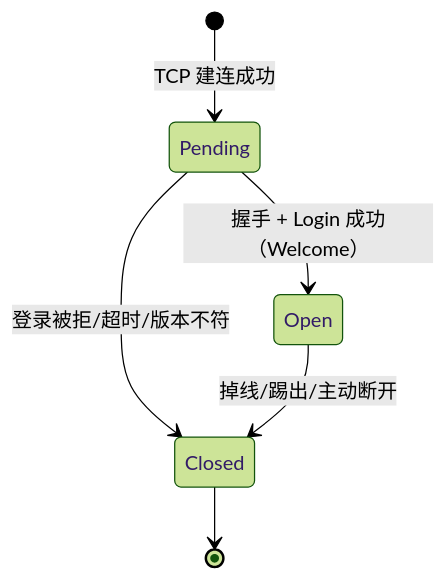
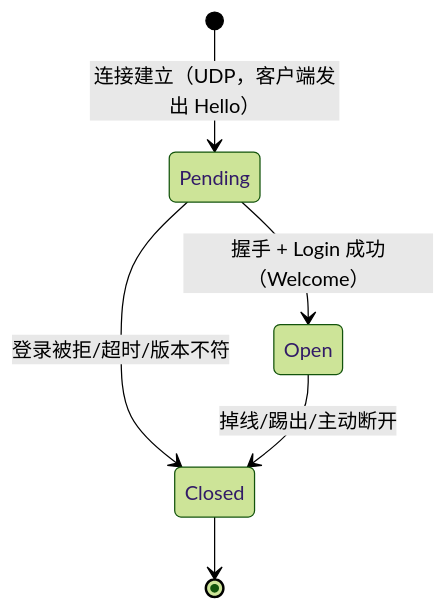
Before and after one commit to fantuan812/learning: the fourth of 4 diagrams in 游戏知识/06-网络同步/01-网络架构与复制基础.md, drawn with Mermaid (forest theme). The commit also changed other lines of this file and 36 other files, not shown here.

````diff
--- a/游戏知识/06-网络同步/01-网络架构与复制基础.md
+++ b/游戏知识/06-网络同步/01-网络架构与复制基础.md
@@ -239,8 +239,8 @@
 ```mermaid
 stateDiagram-v2
-    [*] --> Pending: TCP 建连成功
+    [*] --> Pending: 连接建立（UDP，客户端发出 Hello）
     Pending --> Open: 握手 + Login 成功（Welcome）
     Pending --> Closed: 登录被拒/超时/版本不符
     Open --> Closed: 掉线/踢出/主动断开
     Closed --> [*]
 ```
````
